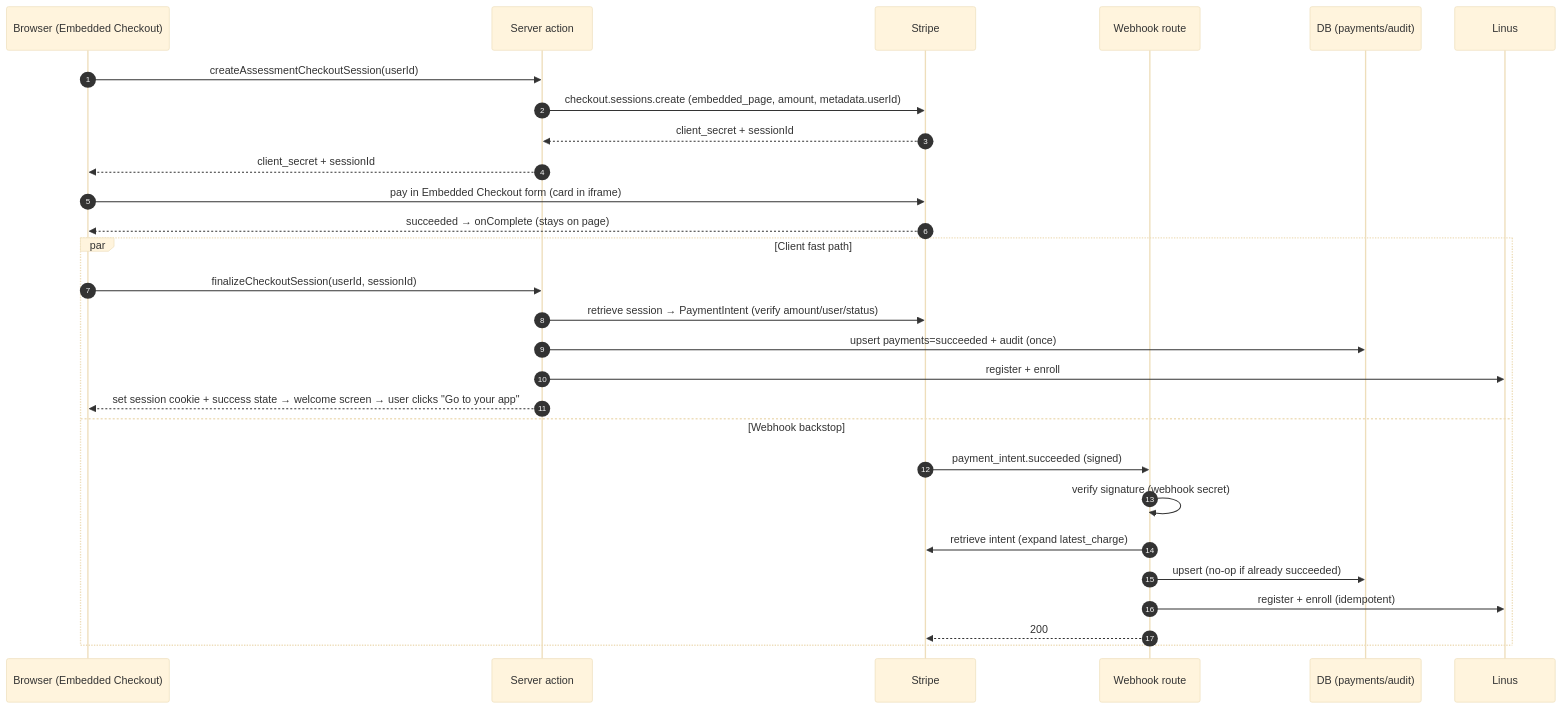
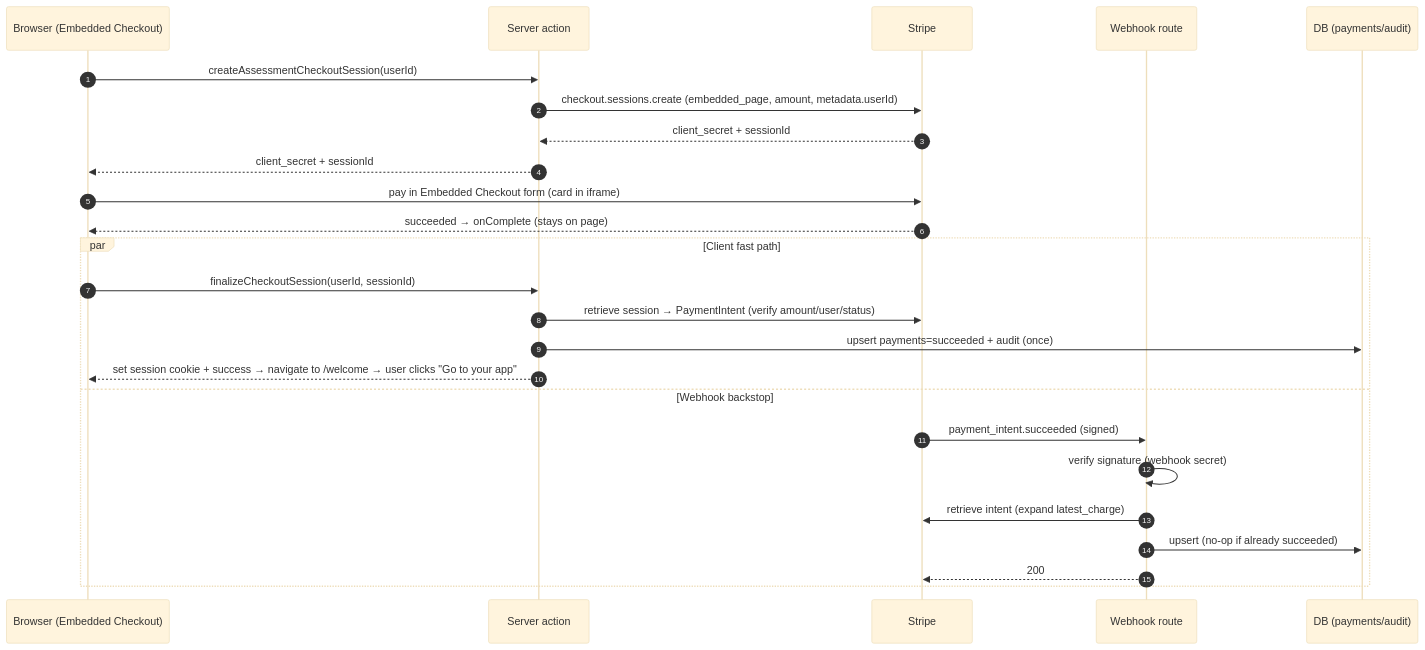
The second of 4 diagrams in docs/stripe-integration.md (dbates-commits/primary-brain-health), drawn with Mermaid (base theme) before and after one commit. The commit also changed other lines of this file and 15 other files, not shown here.

````diff
--- a/docs/stripe-integration.md
+++ b/docs/stripe-integration.md
@@ -118,32 +118,29 @@
 ```mermaid
 sequenceDiagram
     autonumber
     participant B as Browser (Embedded Checkout)
     participant A as Server action
     participant S as Stripe
     participant W as Webhook route
     participant D as DB (payments/audit)
-    participant L as Linus
 
     B->>A: createAssessmentCheckoutSession(userId)
     A->>S: checkout.sessions.create (embedded_page, amount, metadata.userId)
     S-->>A: client_secret + sessionId
     A-->>B: client_secret + sessionId
     B->>S: pay in Embedded Checkout form (card in iframe)
     S-->>B: succeeded → onComplete (stays on page)
 
     par Client fast path
         B->>A: finalizeCheckoutSession(userId, sessionId)
         A->>S: retrieve session → PaymentIntent (verify amount/user/status)
         A->>D: upsert payments=succeeded + audit (once)
-        A->>L: register + enroll
-        A-->>B: set session cookie + success state → welcome screen → user clicks "Go to your app"
+        A-->>B: set session cookie + success → navigate to /welcome → user clicks "Go to your app"
     and Webhook backstop
         S->>W: payment_intent.succeeded (signed)
         W->>W: verify signature (webhook secret)
         W->>S: retrieve intent (expand latest_charge)
         W->>D: upsert (no-op if already succeeded)
-        W->>L: register + enroll (idempotent)
         W-->>S: 200
     end
 ```
````
